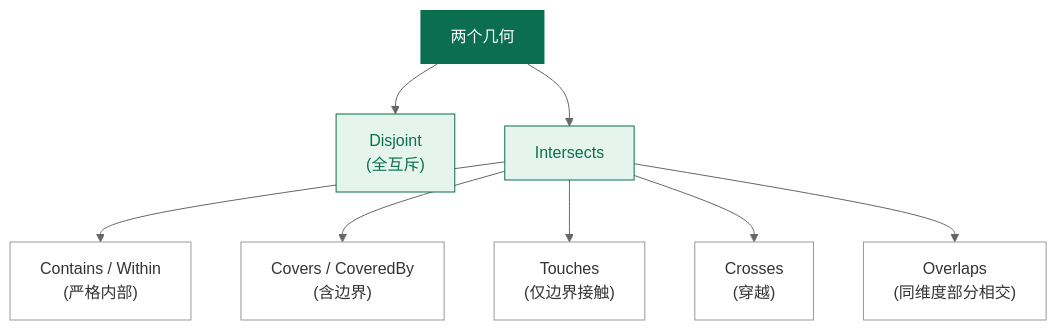
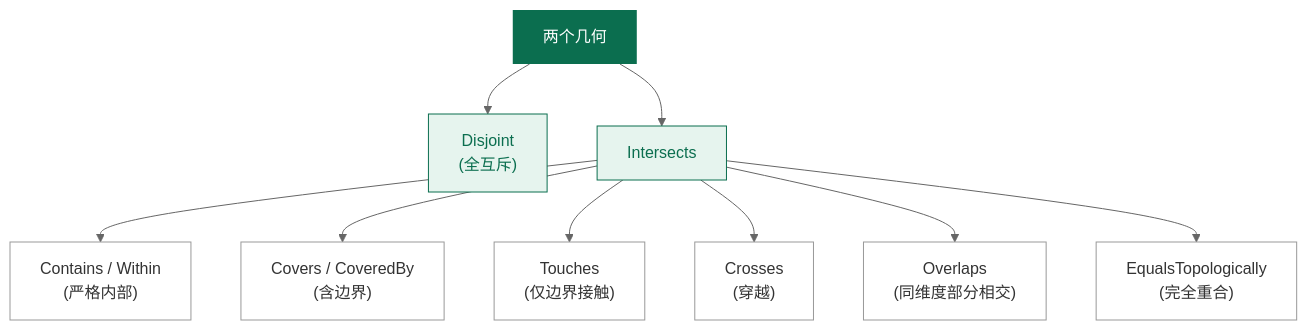
Before and after one commit to qiect/docs.nts: the diagram in docs/predicates/relationships.md, drawn with Mermaid (neutral theme). The commit also changed other lines of this file and 9 other files, not shown here.

````diff
--- a/docs/predicates/relationships.md
+++ b/docs/predicates/relationships.md
@@ -185,16 +58,17 @@
 ```mermaid
 graph TD
     Q["两个几何"] --> D["Disjoint<br/>(全互斥)"]
     Q --> I["Intersects"]
     I --> CW["Contains / Within<br/>(严格内部)"]
     I --> CV["Covers / CoveredBy<br/>(含边界)"]
     I --> T["Touches<br/>(仅边界接触)"]
     I --> CR["Crosses<br/>(穿越)"]
     I --> O["Overlaps<br/>(同维度部分相交)"]
+    I --> E["EqualsTopologically<br/>(完全重合)"]
     classDef root fill:#0b6e4f,color:#fff,stroke:none;
     classDef branch fill:#e6f4ee,color:#0b6e4f,stroke:#0b6e4f;
     classDef leaf fill:#fff,color:#333,stroke:#999;
     class Q root;
     class D,I branch;
-    class CW,CV,T,CR,O leaf;
+    class CW,CV,T,CR,O,E leaf;
 ```
````
